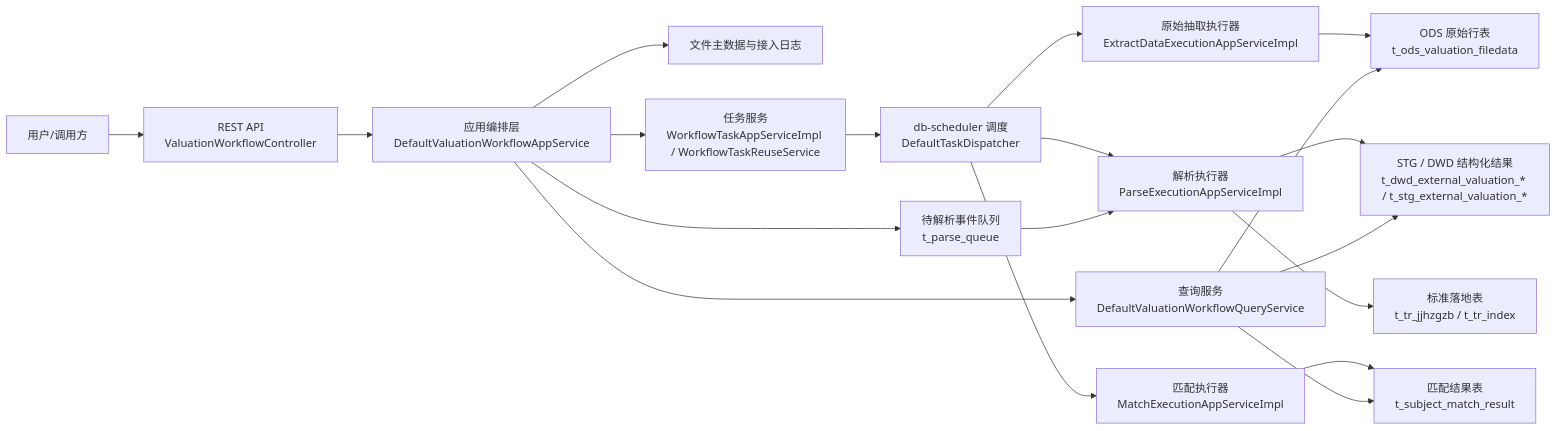
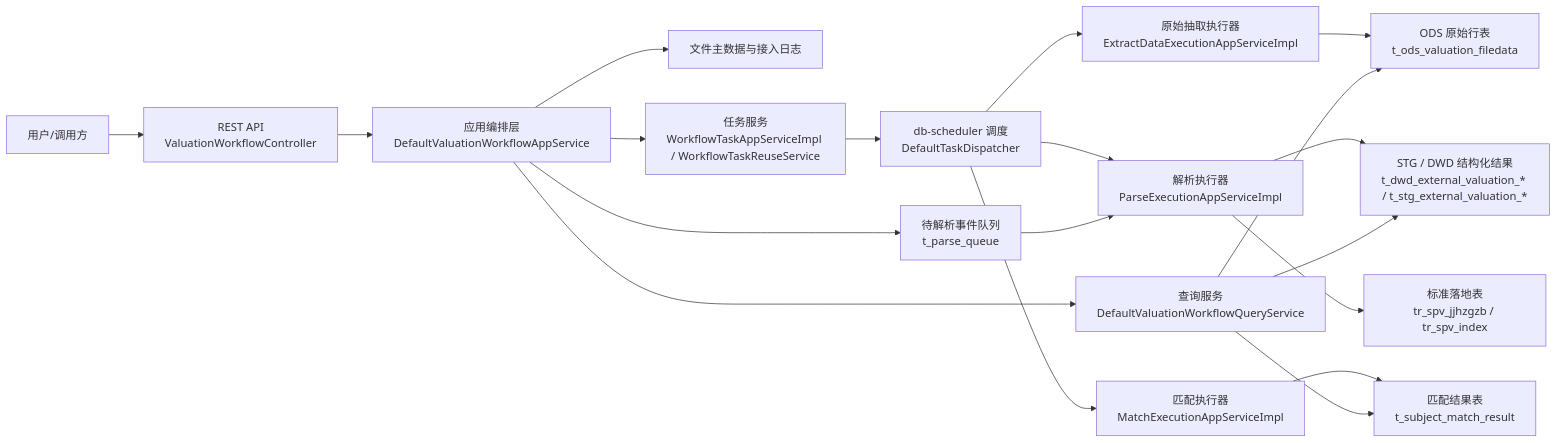
Before and after one commit to iloveZzz/valset-standardizer-java: the first of 2 diagrams in docs/architecture-overview.md, drawn with Mermaid. The commit also changed other lines of this file and 162 other files, not shown here.

````diff
--- a/docs/architecture-overview.md
+++ b/docs/architecture-overview.md
@@ -72,21 +72,21 @@
 ```mermaid
 flowchart LR
     U["用户/调用方"] --> C["REST API<br/>ValuationWorkflowController"]
     C --> A["应用编排层<br/>DefaultValuationWorkflowAppService"]
     A --> F["文件主数据与接入日志"]
     A --> T["任务服务<br/>WorkflowTaskAppServiceImpl / WorkflowTaskReuseService"]
     T --> Q["db-scheduler 调度<br/>DefaultTaskDispatcher"]
     Q --> E1["原始抽取执行器<br/>ExtractDataExecutionAppServiceImpl"]
     Q --> E2["解析执行器<br/>ParseExecutionAppServiceImpl"]
     Q --> E3["匹配执行器<br/>MatchExecutionAppServiceImpl"]
     E1 --> ODS["ODS 原始行表<br/>t_ods_valuation_filedata"]
     A --> PQ["待解析事件队列<br/>t_parse_queue"]
     PQ --> E2
     E2 --> STG["STG / DWD 结构化结果<br/>t_dwd_external_valuation_* / t_stg_external_valuation_*"]
-    E2 --> TR["标准落地表<br/>t_tr_jjhzgzb / t_tr_index"]
+    E2 --> TR["标准落地表<br/>tr_spv_jjhzgzb / tr_spv_index"]
     E3 --> RES["匹配结果表<br/>t_subject_match_result"]
     A --> QRY["查询服务<br/>DefaultValuationWorkflowQueryService"]
     QRY --> ODS
     QRY --> STG
     QRY --> RES
 ```
````
